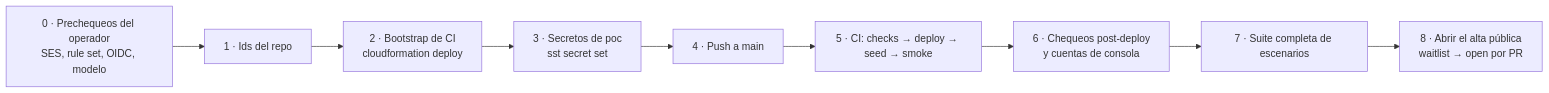
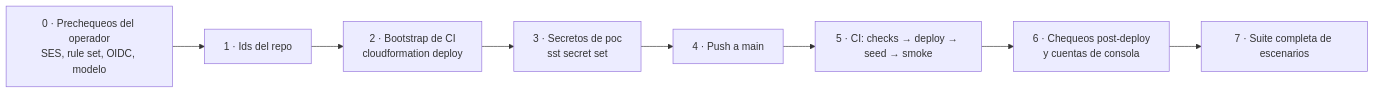
The fourth of 4 diagrams in docs/architecture.md (craftech-io/aws-cds-hackathon-poc-legajo), drawn with Mermaid before and after one commit. The commit also changed other lines of this file and 19 other files, not shown here.

````diff
--- a/docs/architecture.md
+++ b/docs/architecture.md
@@ -492,11 +492,10 @@
 ```mermaid
 flowchart LR
   P0["0 · Prechequeos del operador<br/>SES, rule set, OIDC, modelo"] --> P1["1 · Ids del repo"]
   P1 --> P2["2 · Bootstrap de CI<br/>cloudformation deploy"]
   P2 --> P3["3 · Secretos de poc<br/>sst secret set"]
   P3 --> P4["4 · Push a main"]
   P4 --> P5["5 · CI: checks → deploy → seed → smoke"]
   P5 --> P6["6 · Chequeos post-deploy<br/>y cuentas de consola"]
   P6 --> P7["7 · Suite completa de escenarios"]
-  P7 --> P8["8 · Abrir el alta pública<br/>waitlist → open por PR"]
 ```
````
